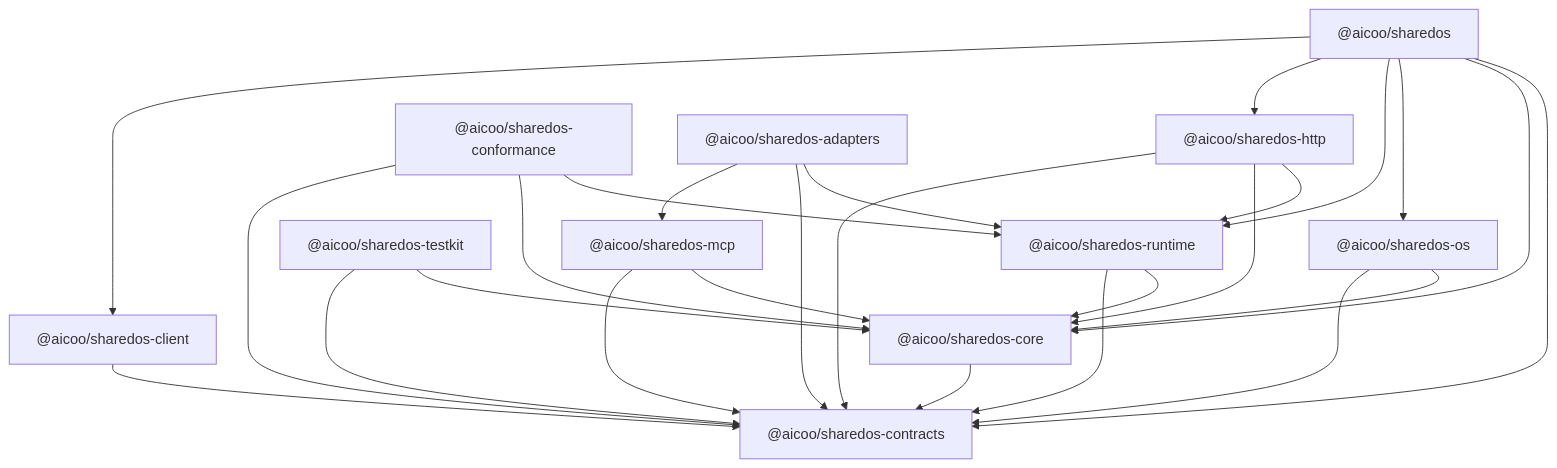
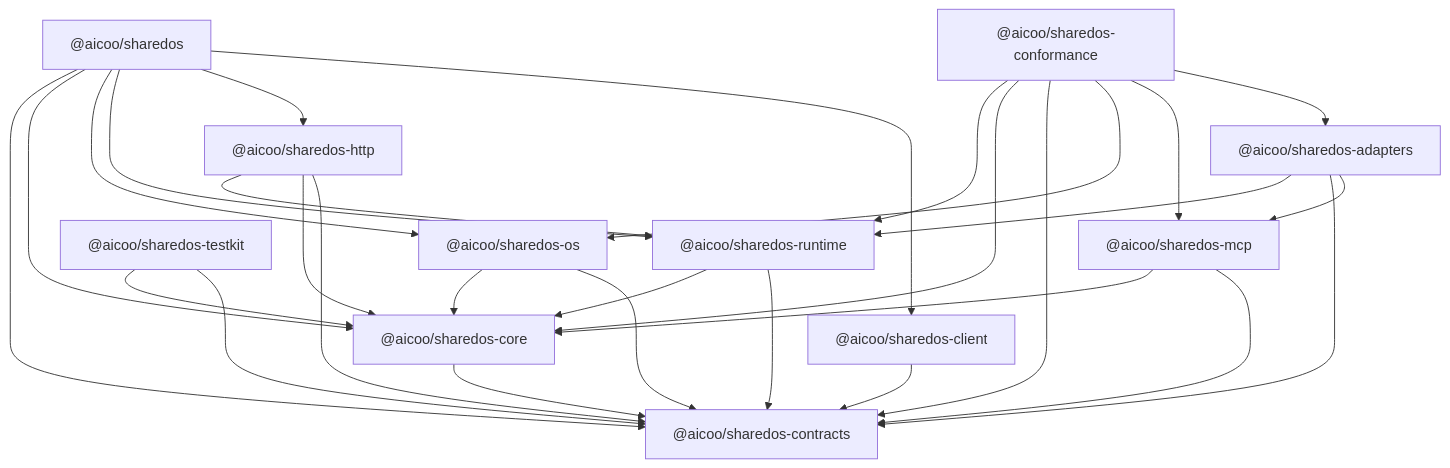
One commit to Aicoo-Team/SharedOS changed the first of 2 diagrams in docs/architecture.md. Above: the diagram before and after it, drawn with Mermaid. The commit also changed 6 other files, not shown here.

````diff
--- a/docs/architecture.md
+++ b/docs/architecture.md
@@ -35,29 +35,32 @@
 ```mermaid
 flowchart TD
   CT["@aicoo/sharedos-contracts"]
   CO["@aicoo/sharedos-core"] --> CT
   OS["@aicoo/sharedos-os"] --> CO
   OS --> CT
   RT["@aicoo/sharedos-runtime"] --> CO
   RT --> CT
   HT["@aicoo/sharedos-http"] --> RT
   HT --> CO
   HT --> CT
   CL["@aicoo/sharedos-client"] --> CT
   SDK["@aicoo/sharedos"] --> CT
   SDK --> CO
   SDK --> OS
   SDK --> RT
   SDK --> HT
   SDK --> CL
   TK["@aicoo/sharedos-testkit"] --> CO
   TK --> CT
   CF["@aicoo/sharedos-conformance"] --> RT
   CF --> CO
   CF --> CT
   AD["@aicoo/sharedos-adapters"] --> RT
   AD --> CT
   AD --> MCP
   MCP["@aicoo/sharedos-mcp"] --> CO
   MCP --> CT
+  CF --> OS
+  CF --> MCP
+  CF --> AD
 ```
````
